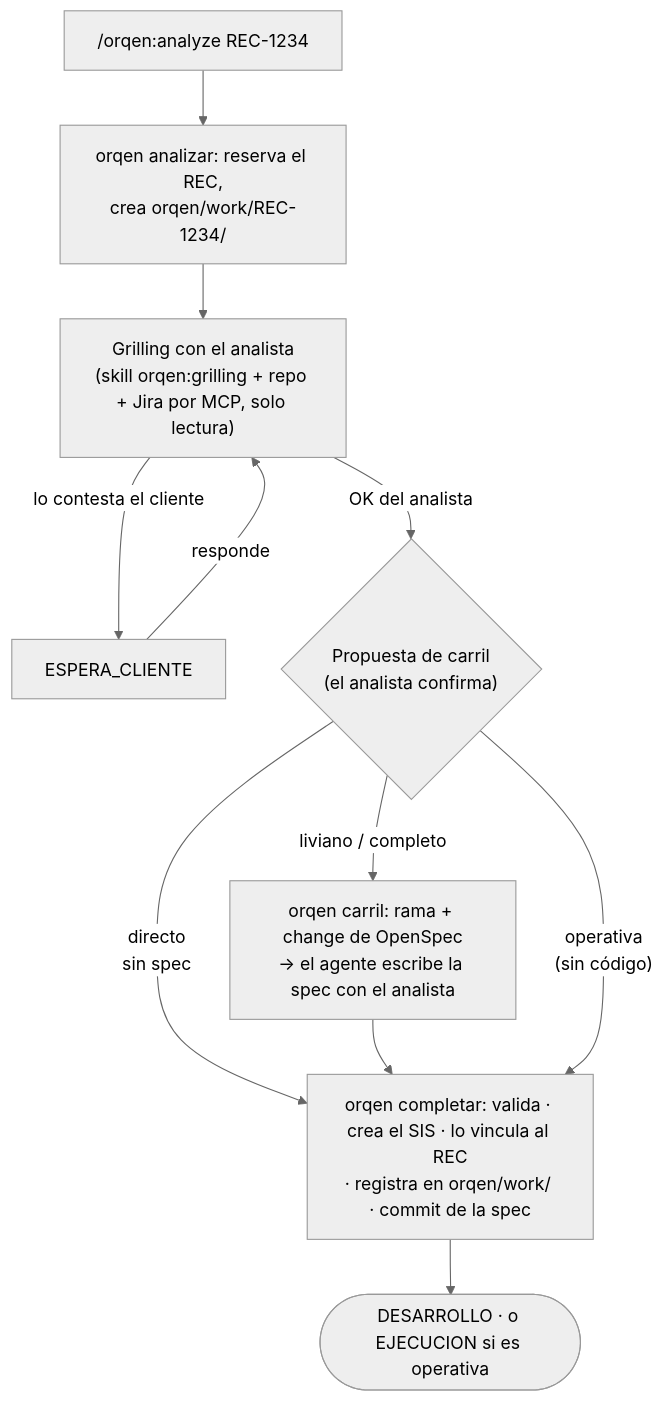
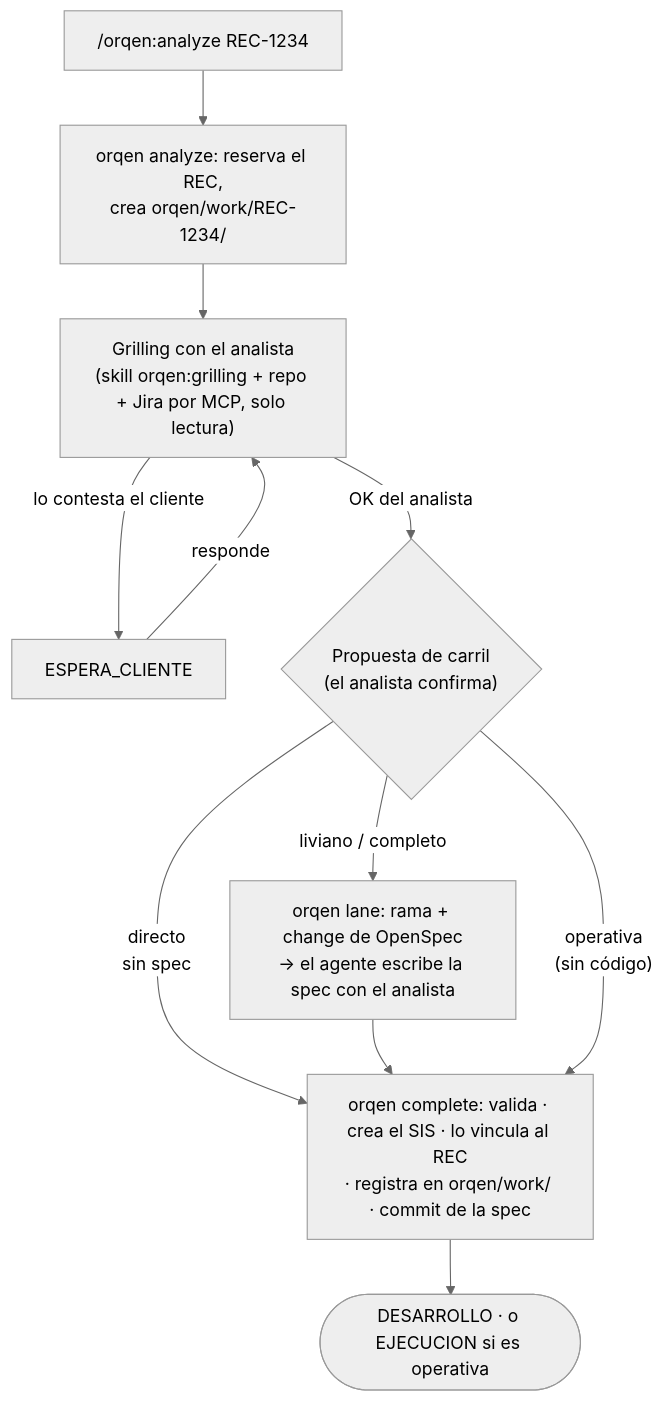
The first of 3 diagrams in README.md (sistemas-telpin/orqen), drawn with Mermaid (neutral theme) before and after one commit. The commit also changed other lines of this file and 17 other files, not shown here.

````diff
--- a/README.md
+++ b/README.md
@@ -22,11 +22,11 @@
 ```mermaid
 flowchart TD
-    A["/orqen:analyze REC-1234"] --> B["orqen analizar: reserva el REC,<br/>crea orqen/work/REC-1234/"]
+    A["/orqen:analyze REC-1234"] --> B["orqen analyze: reserva el REC,<br/>crea orqen/work/REC-1234/"]
     B --> C["Grilling con el analista<br/>(skill orqen:grilling + repo + Jira por MCP, solo lectura)"]
     C -->|"lo contesta el cliente"| W["ESPERA_CLIENTE"] -->|"responde"| C
     C -->|"OK del analista"| D{"Propuesta de carril<br/>(el analista confirma)"}
     D -->|"directo<br/>sin spec"| G
-    D -->|"liviano / completo"| E["orqen carril: rama + change de OpenSpec<br/>→ el agente escribe la spec con el analista"] --> G
+    D -->|"liviano / completo"| E["orqen lane: rama + change de OpenSpec<br/>→ el agente escribe la spec con el analista"] --> G
     D -->|"operativa<br/>(sin código)"| G
-    G["orqen completar: valida · crea el SIS · lo vincula al REC<br/>· registra en orqen/work/ · commit de la spec"] --> H(["DESARROLLO · o EJECUCION si es operativa"])
+    G["orqen complete: valida · crea el SIS · lo vincula al REC<br/>· registra en orqen/work/ · commit de la spec"] --> H(["DESARROLLO · o EJECUCION si es operativa"])
 ```
````
